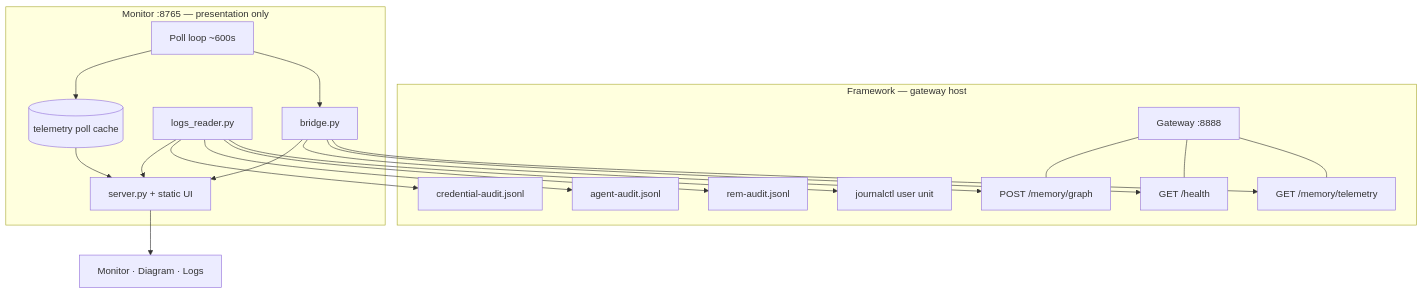
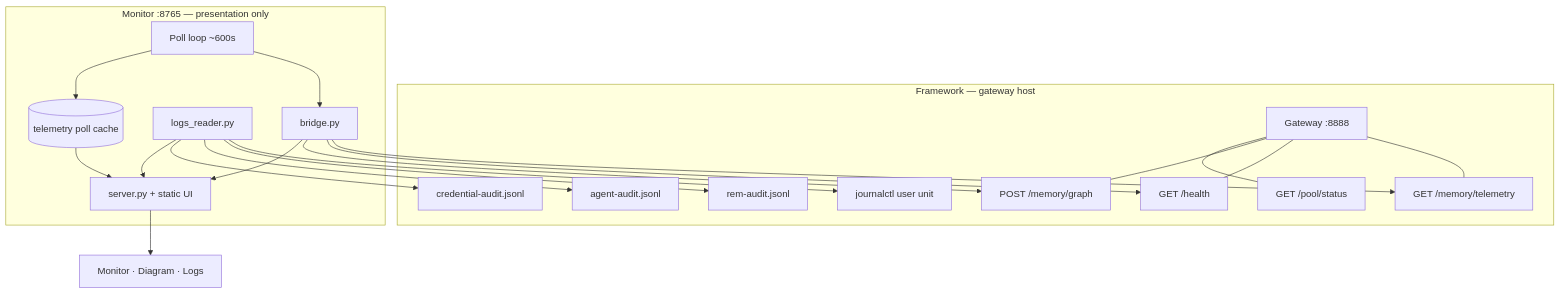
The diagram in README.md (KanenasInGreece/Shared_Memory_Monitor), drawn with Mermaid before and after one commit. The commit also changed other lines of this file and 6 other files, not shown here.

````diff
--- a/README.md
+++ b/README.md
@@ -217,31 +226,32 @@
 ```mermaid
 flowchart TB
   subgraph fw [Framework — gateway host]
     GW[Gateway :8888]
     TEL["GET /memory/telemetry"]
     HLTH["GET /health"]
     GRP["POST /memory/graph"]
+    POOL["GET /pool/status"]
     JRN[journalctl user unit]
     REMF[rem-audit.jsonl]
     AGF[agent-audit.jsonl]
     CRED[credential-audit.jsonl]
-    GW --- TEL & HLTH & GRP
+    GW --- TEL & HLTH & GRP & POOL
   end
 
   subgraph mon [Monitor :8765 — presentation only]
     BR[bridge.py]
     LR[logs_reader.py]
     LOOP[Poll loop ~600s]
     DB[(telemetry poll cache)]
     SRV[server.py + static UI]
     BR --> TEL & HLTH & GRP
     LR --> JRN & REMF & AGF & CRED
     LOOP --> BR
     LOOP --> DB
     DB --> SRV
     BR --> SRV
     LR --> SRV
   end
 
   SRV --> UI[Monitor · Diagram · Logs]
 ```
````
